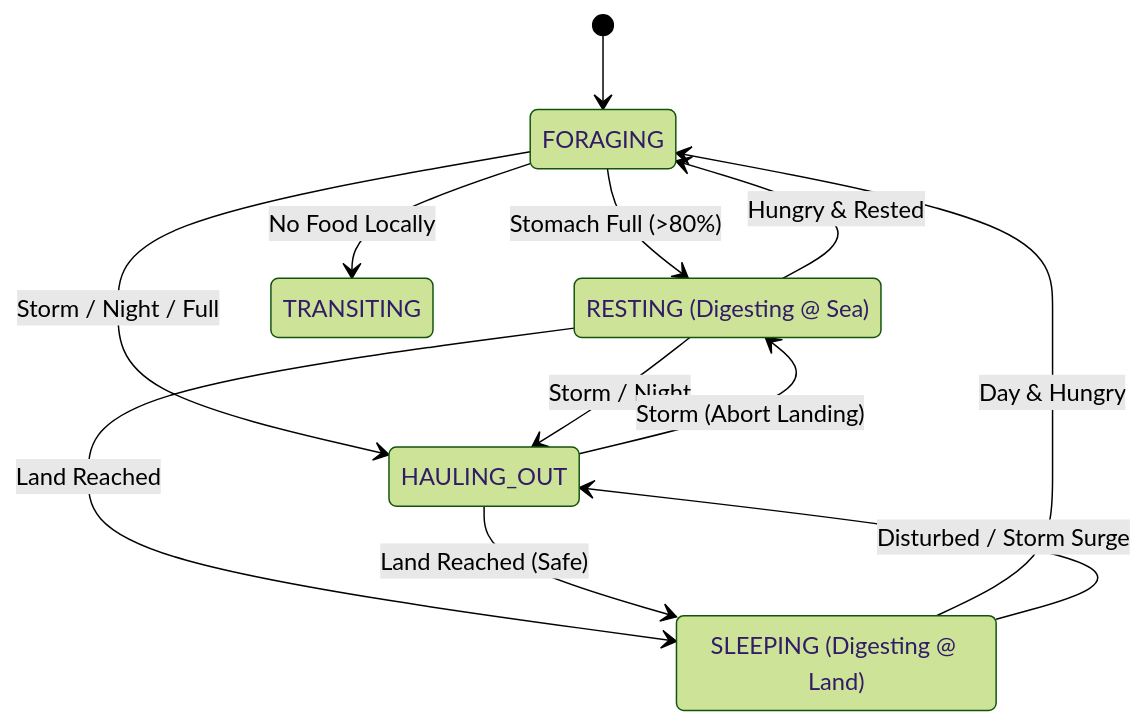
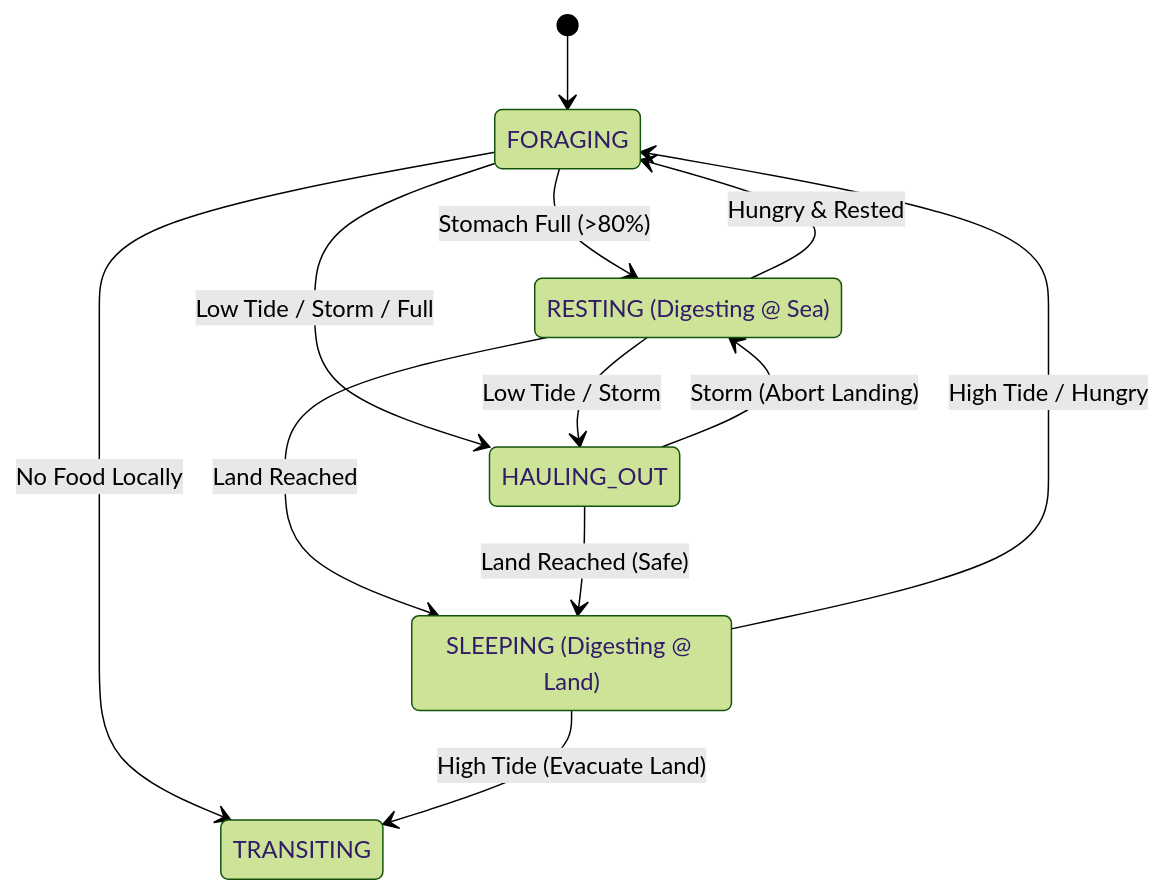
The diagram in docs/seal_agent_documentation.md (alex-kolmakov/monk-seal-modelling), drawn with Mermaid (forest theme) before and after one commit. The commit also changed other lines of this file and 3 other files, not shown here.

````diff
--- a/docs/seal_agent_documentation.md
+++ b/docs/seal_agent_documentation.md
@@ -9,24 +9,24 @@
 ```mermaid
 stateDiagram-v2
     [*] --> FORAGING
 
     state "FORAGING" as FORAGING
     state "RESTING (Digesting @ Sea)" as RESTING
     state "SLEEPING (Digesting @ Land)" as SLEEPING
     state "HAULING_OUT" as HAULING_OUT
     state "TRANSITING" as TRANSITING
 
     FORAGING --> RESTING : Stomach Full (>80%)
-    FORAGING --> HAULING_OUT : Storm / Night / Full
+    FORAGING --> HAULING_OUT : Low Tide / Storm / Full
     FORAGING --> TRANSITING : No Food Locally
 
     RESTING --> FORAGING : Hungry & Rested
-    RESTING --> HAULING_OUT : Storm / Night
+    RESTING --> HAULING_OUT : Low Tide / Storm
     RESTING --> SLEEPING : Land Reached
 
     HAULING_OUT --> SLEEPING : Land Reached (Safe)
     HAULING_OUT --> RESTING : Storm (Abort Landing)
 
-    SLEEPING --> FORAGING : Day & Hungry
-    SLEEPING --> HAULING_OUT : Disturbed / Storm Surge
+    SLEEPING --> FORAGING : High Tide / Hungry
+    SLEEPING --> TRANSITING : High Tide (Evacuate Land)
 ```
````
